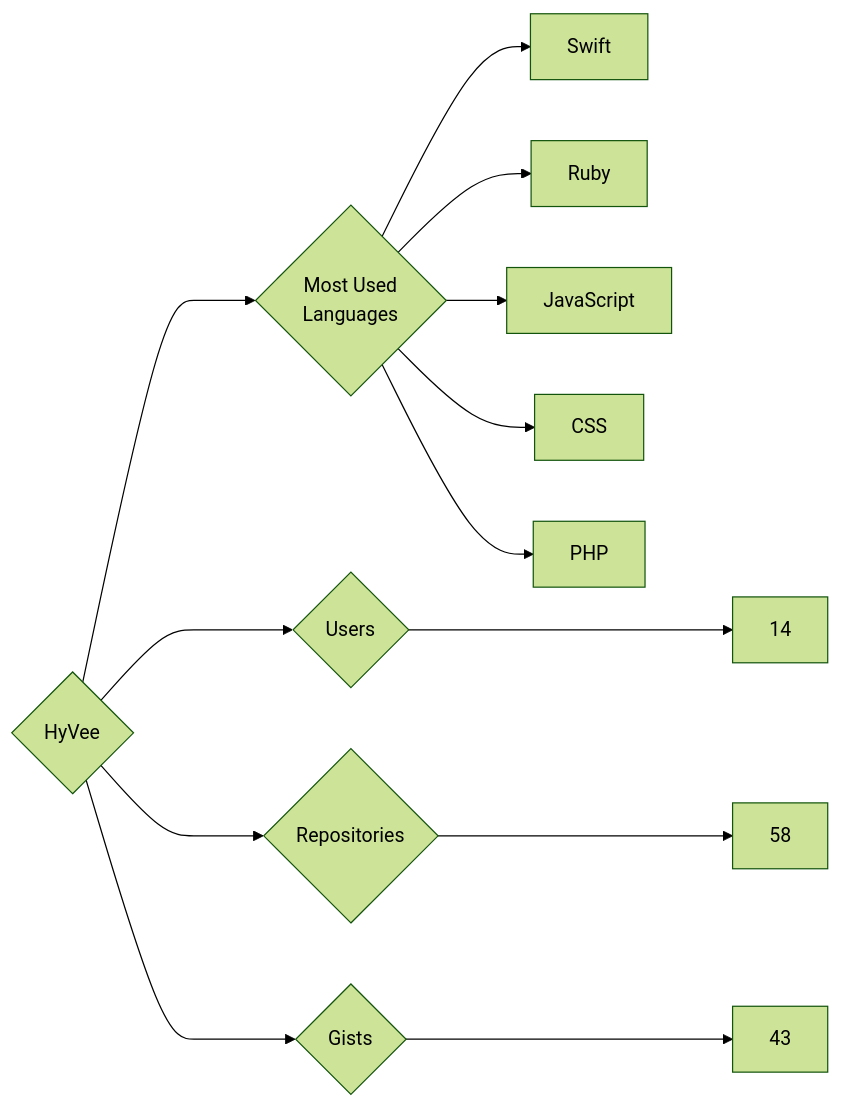
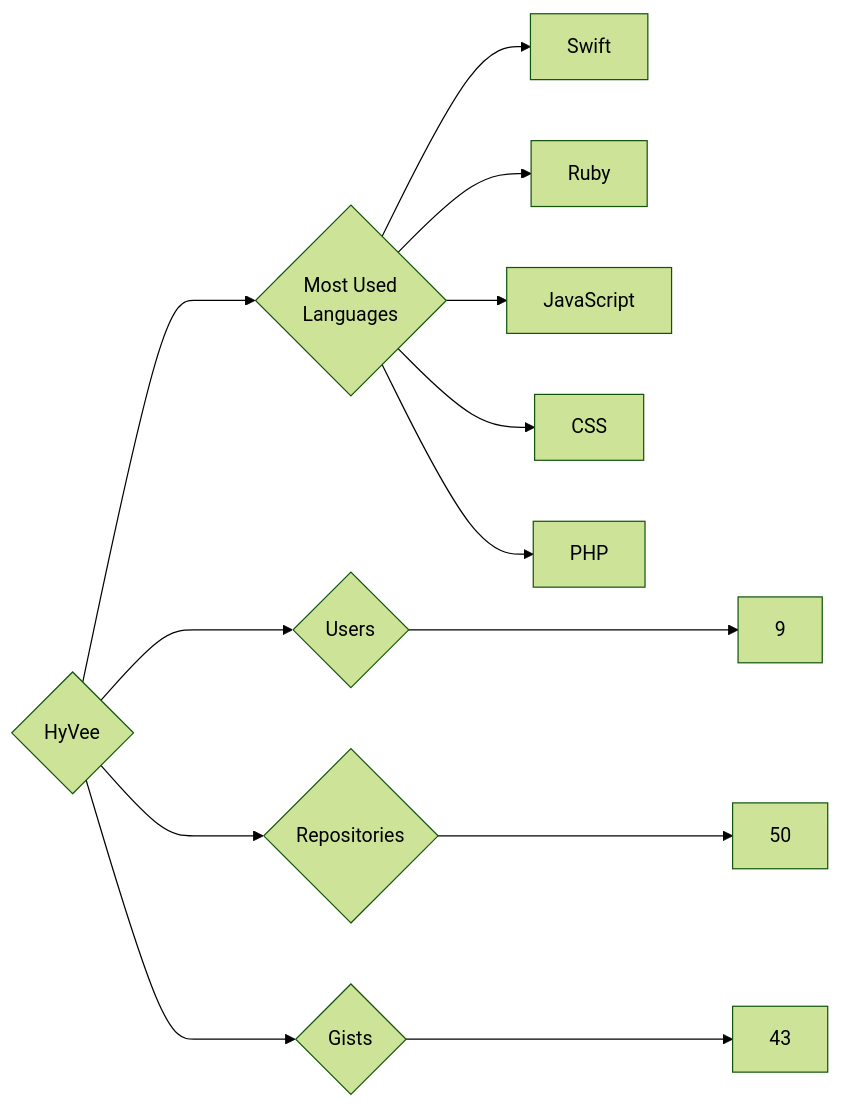
One commit to trickest/insiders changed the diagram in targets/HyVee/README.md. Above: the diagram before and after it, drawn with Mermaid (forest theme). The commit also changed 640 other files, not shown here.

````diff
--- a/targets/HyVee/README.md
+++ b/targets/HyVee/README.md
@@ -3,13 +3,13 @@
 ```mermaid
 graph LR
 COMPANY_NAME{HyVee}
-COMPANY_NAME ---> U{Users} ---> UN[14]
-COMPANY_NAME ---> R{Repositories} ---> RN[58]
+COMPANY_NAME ---> U{Users} ---> UN[9]
+COMPANY_NAME ---> R{Repositories} ---> RN[50]
 COMPANY_NAME ---> G{Gists} ---> GN[43]
 COMPANY_NAME ---> ML{Most Used<br>Languages}
 ML --> Swift[Swift]
 ML --> Ruby[Ruby]
 ML --> JavaScript[JavaScript]
 ML --> CSS[CSS]
 ML --> PHP[PHP]
 ```
````
